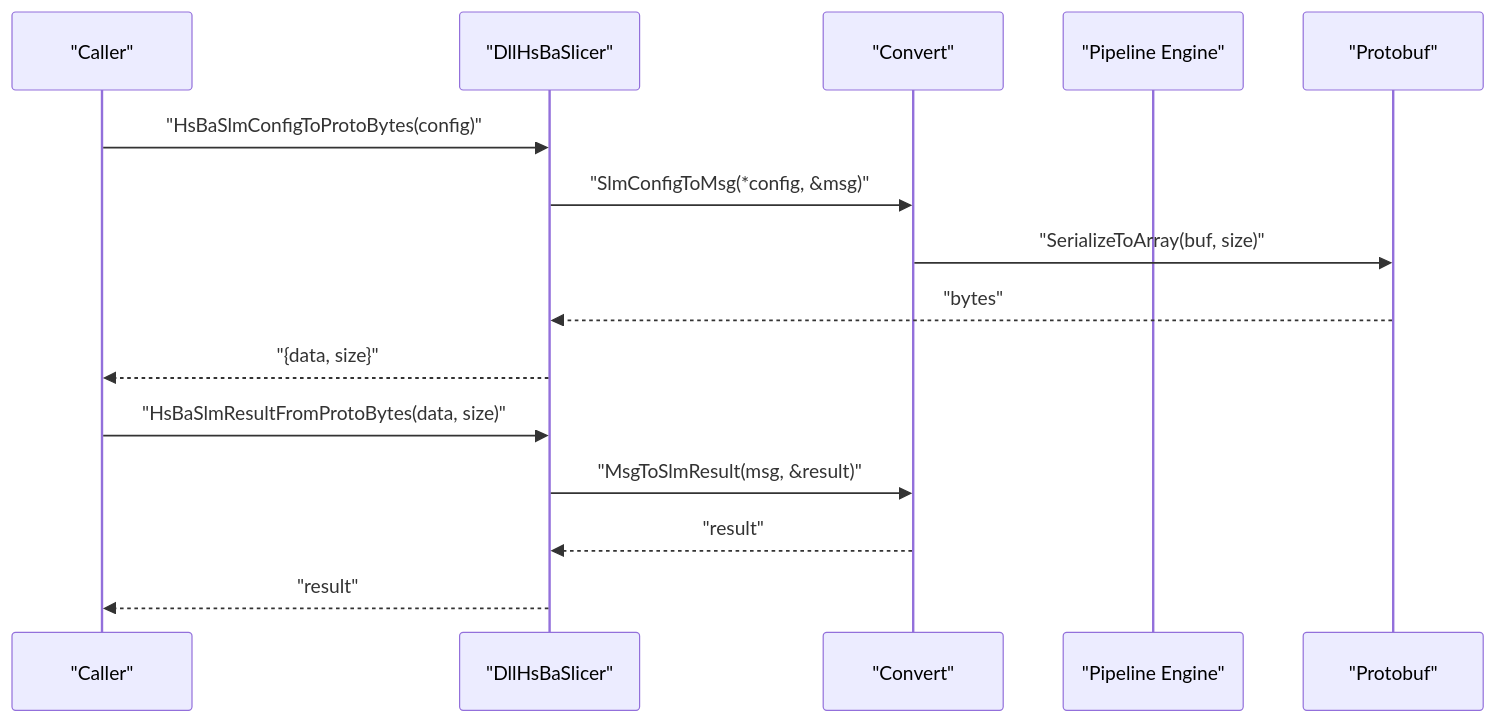
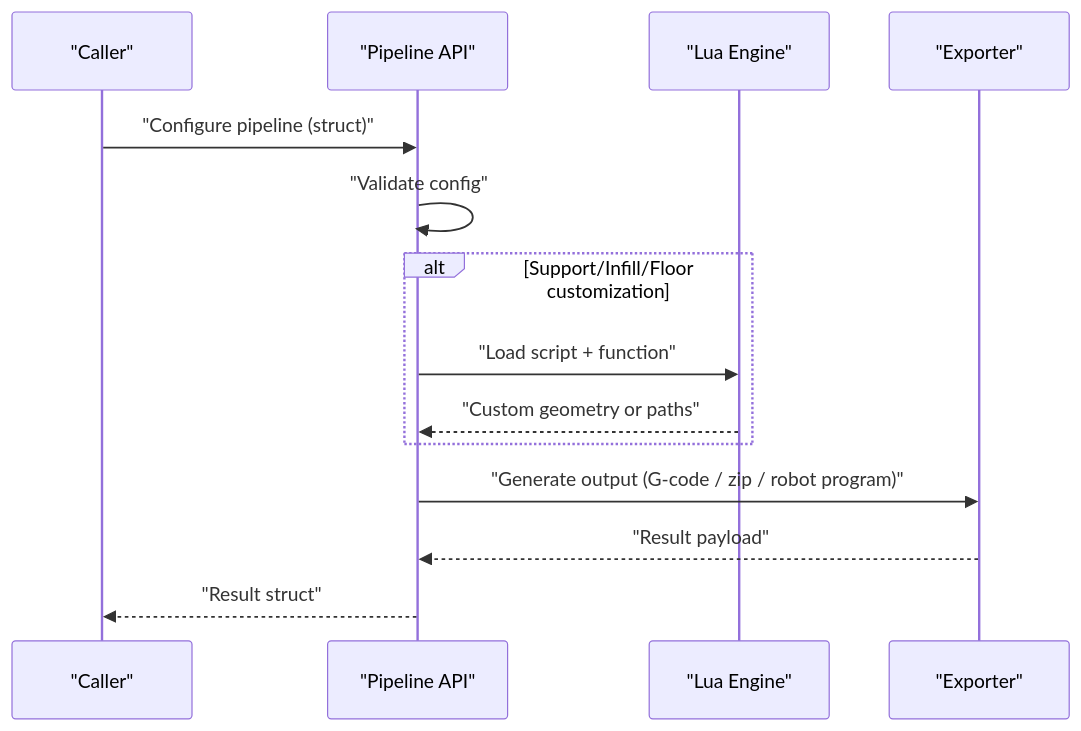
One commit to hsmbanlance/HsBaSlicer changed the second of 4 diagrams in .qoder/repowiki/en/content/Appendix.md. Above: the diagram before and after it, drawn with Mermaid. The commit also changed other lines of this file and 1095 other files, not shown here.

````diff
--- a/.qoder/repowiki/en/content/Appendix.md
+++ b/.qoder/repowiki/en/content/Appendix.md
@@ -91,17 +90,16 @@
 ```mermaid
 sequenceDiagram
-participant App as "Caller"
-participant Dll as "DllHsBaSlicer"
-participant Conv as "Convert"
-participant Pipe as "Pipeline Engine"
-participant Proto as "Protobuf"
-App->>Dll : "HsBaSlmConfigToProtoBytes(config)"
-Dll->>Conv : "SlmConfigToMsg(*config, &msg)"
-Conv->>Proto : "SerializeToArray(buf, size)"
-Proto-->>Dll : "bytes"
-Dll-->>App : "{data, size}"
-App->>Dll : "HsBaSlmResultFromProtoBytes(data, size)"
-Dll->>Conv : "MsgToSlmResult(msg, &result)"
-Conv-->>Dll : "result"
-Dll-->>App : "result"
+participant Caller as "Caller"
+participant API as "Pipeline API"
+participant Lua as "Lua Engine"
+participant Export as "Exporter"
+Caller->>API : "Configure pipeline (struct)"
+API->>API : "Validate config"
+alt Support/Infill/Floor customization
+API->>Lua : "Load script + function"
+Lua-->>API : "Custom geometry or paths"
+end
+API->>Export : "Generate output (G-code / zip / robot program)"
+Export-->>API : "Result payload"
+API-->>Caller : "Result struct"
 ```
````
